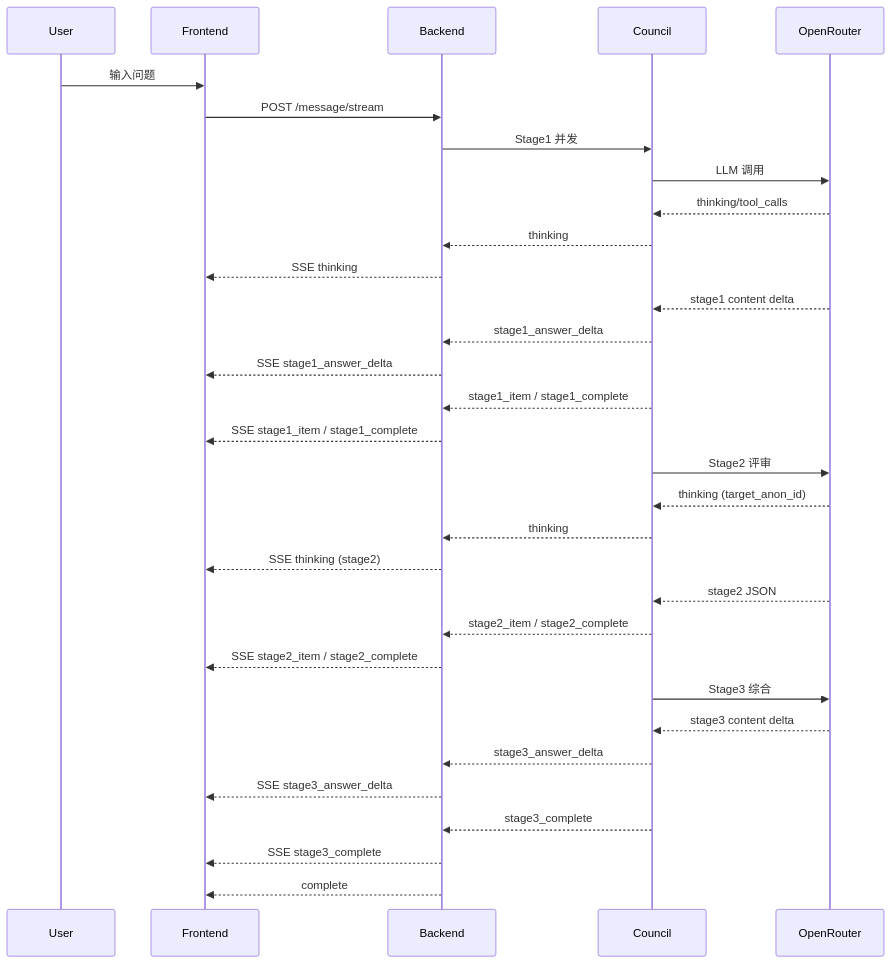
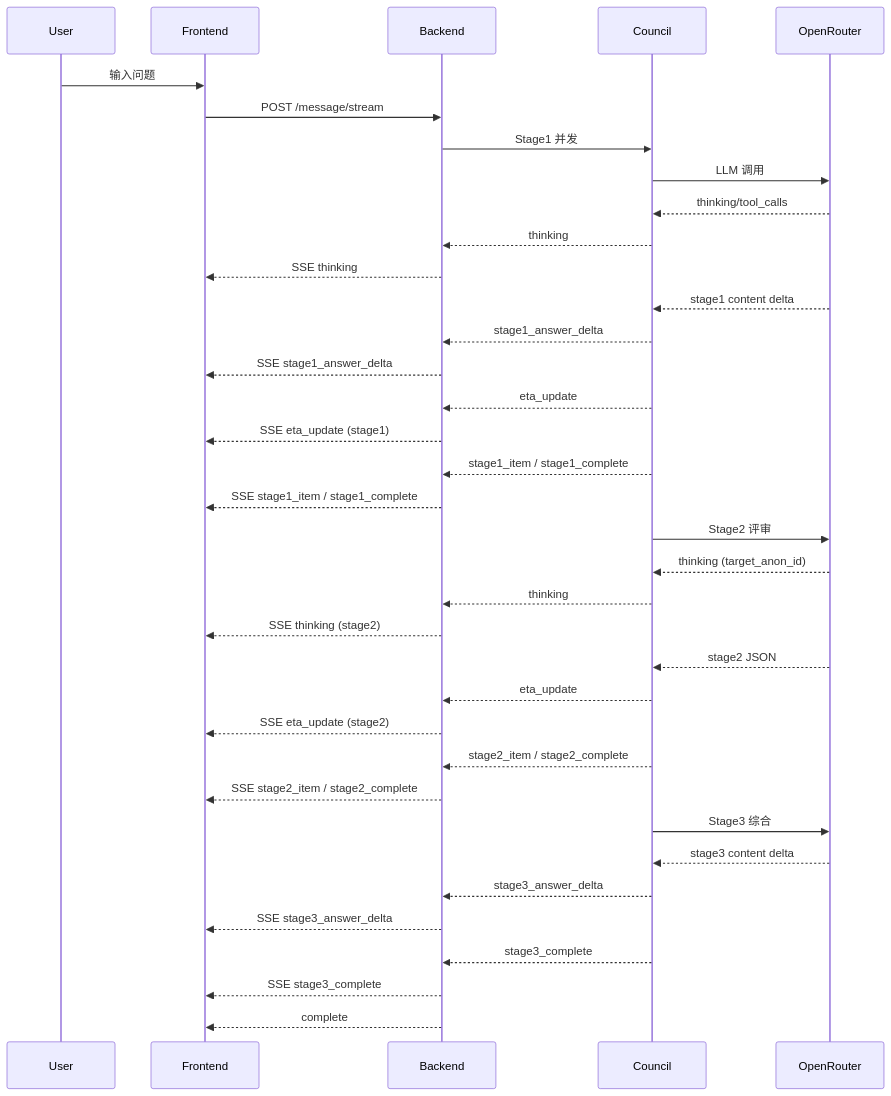
The diagram in docs/Architecture.md (JGPliskin/llm_council_sentinel), drawn with Mermaid before and after one commit. The commit also changed other lines of this file and 15 other files, not shown here.

````diff
--- a/docs/Architecture.md
+++ b/docs/Architecture.md
@@ -108,41 +111,47 @@
 ```mermaid
 sequenceDiagram
     participant U as User
     participant FE as Frontend
     participant BE as Backend
     participant C as Council
     participant OR as OpenRouter
 
     U->>FE: 输入问题
     FE->>BE: POST /message/stream
     BE->>C: Stage1 并发
     C->>OR: LLM 调用
     OR-->>C: thinking/tool_calls
     C-->>BE: thinking
     BE-->>FE: SSE thinking
 
     OR-->>C: stage1 content delta
     C-->>BE: stage1_answer_delta
     BE-->>FE: SSE stage1_answer_delta
 
+    C-->>BE: eta_update
+    BE-->>FE: SSE eta_update (stage1)
+
     C-->>BE: stage1_item / stage1_complete
     BE-->>FE: SSE stage1_item / stage1_complete
 
     C->>OR: Stage2 评审
     OR-->>C: thinking (target_anon_id)
     C-->>BE: thinking
     BE-->>FE: SSE thinking (stage2)
 
     OR-->>C: stage2 JSON
+    C-->>BE: eta_update
+    BE-->>FE: SSE eta_update (stage2)
+
     C-->>BE: stage2_item / stage2_complete
     BE-->>FE: SSE stage2_item / stage2_complete
 
     C->>OR: Stage3 综合
     OR-->>C: stage3 content delta
     C-->>BE: stage3_answer_delta
     BE-->>FE: SSE stage3_answer_delta
 
     C-->>BE: stage3_complete
     BE-->>FE: SSE stage3_complete
     BE-->>FE: complete
 ```
````
